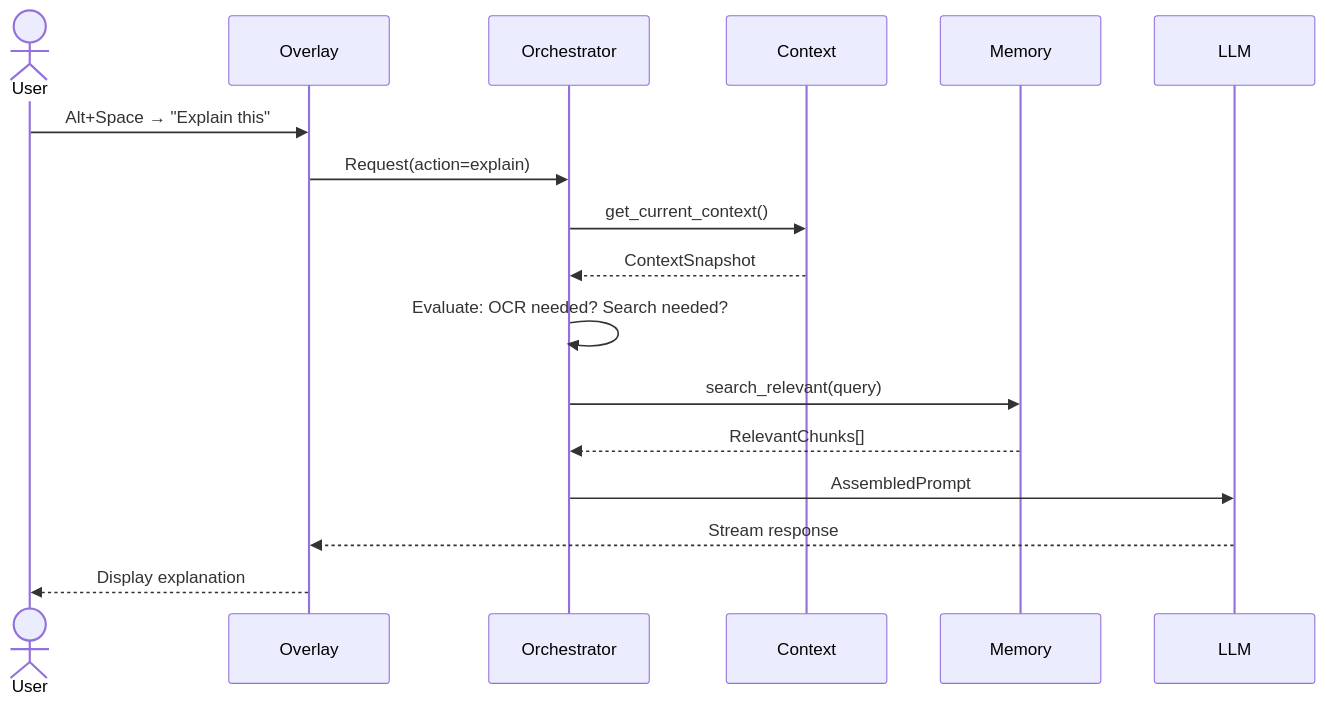
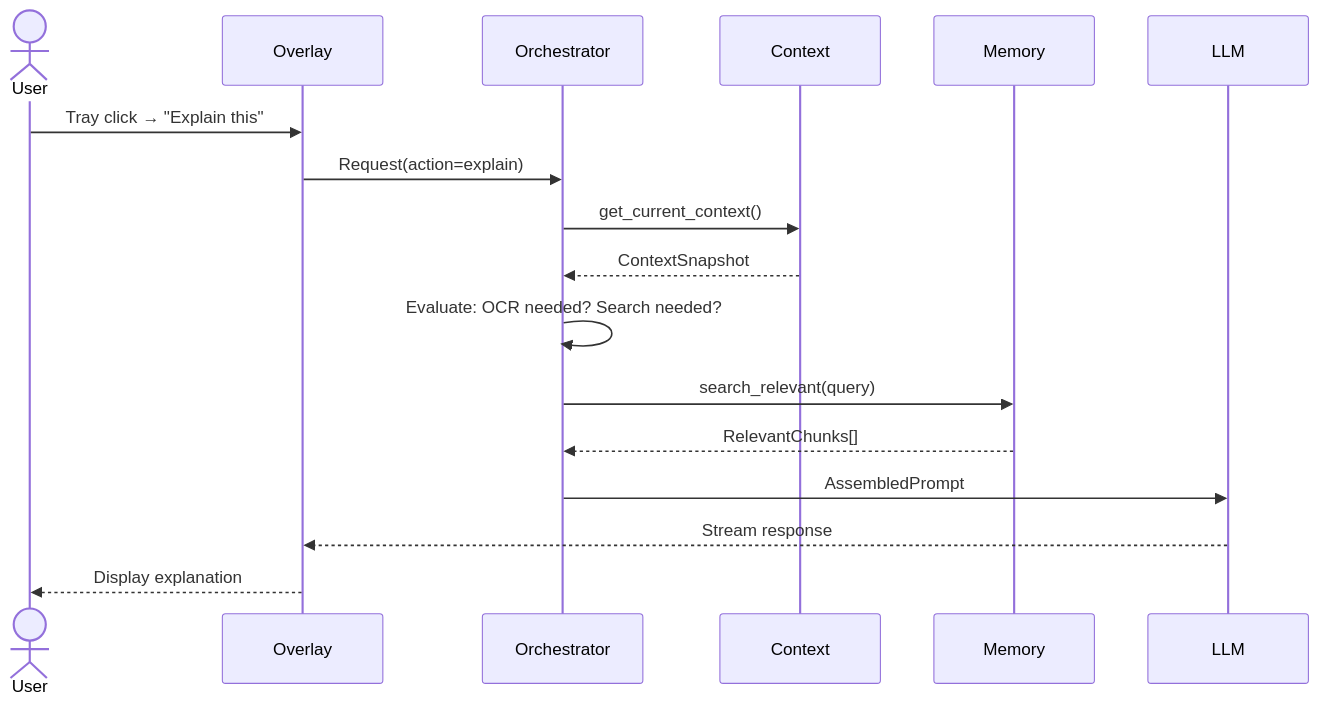
One commit to Ngh1az/Contexa changed the second of 3 diagrams in docs/01_Software_Requirements_Specification.md. Above: the diagram before and after it, drawn with Mermaid. The commit also changed other lines of this file and 10 other files, not shown here.

First line of the commit message:
feat(desktop): replace global hotkey with system tray for overlay

````diff
--- a/docs/01_Software_Requirements_Specification.md
+++ b/docs/01_Software_Requirements_Specification.md
@@ -290,20 +289,20 @@
 ```mermaid
 sequenceDiagram
     actor User
     participant Overlay
     participant Orchestrator
     participant Context
     participant Memory
     participant LLM
 
-    User->>Overlay: Alt+Space → "Explain this"
+    User->>Overlay: Tray click → "Explain this"
     Overlay->>Orchestrator: Request(action=explain)
     Orchestrator->>Context: get_current_context()
     Context-->>Orchestrator: ContextSnapshot
     Orchestrator->>Orchestrator: Evaluate: OCR needed? Search needed?
     Orchestrator->>Memory: search_relevant(query)
     Memory-->>Orchestrator: RelevantChunks[]
     Orchestrator->>LLM: AssembledPrompt
     LLM-->>Overlay: Stream response
     Overlay-->>User: Display explanation
 ```
````
